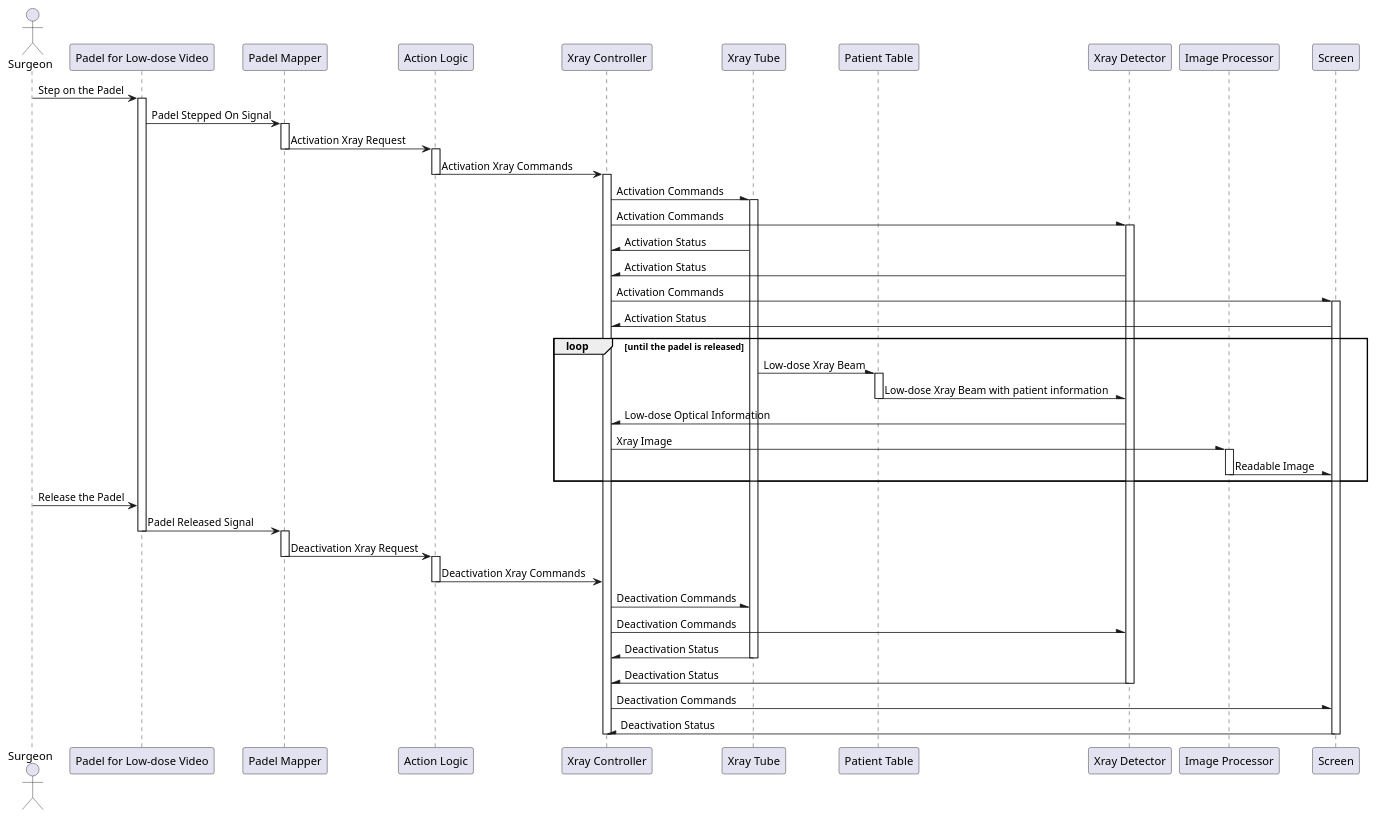
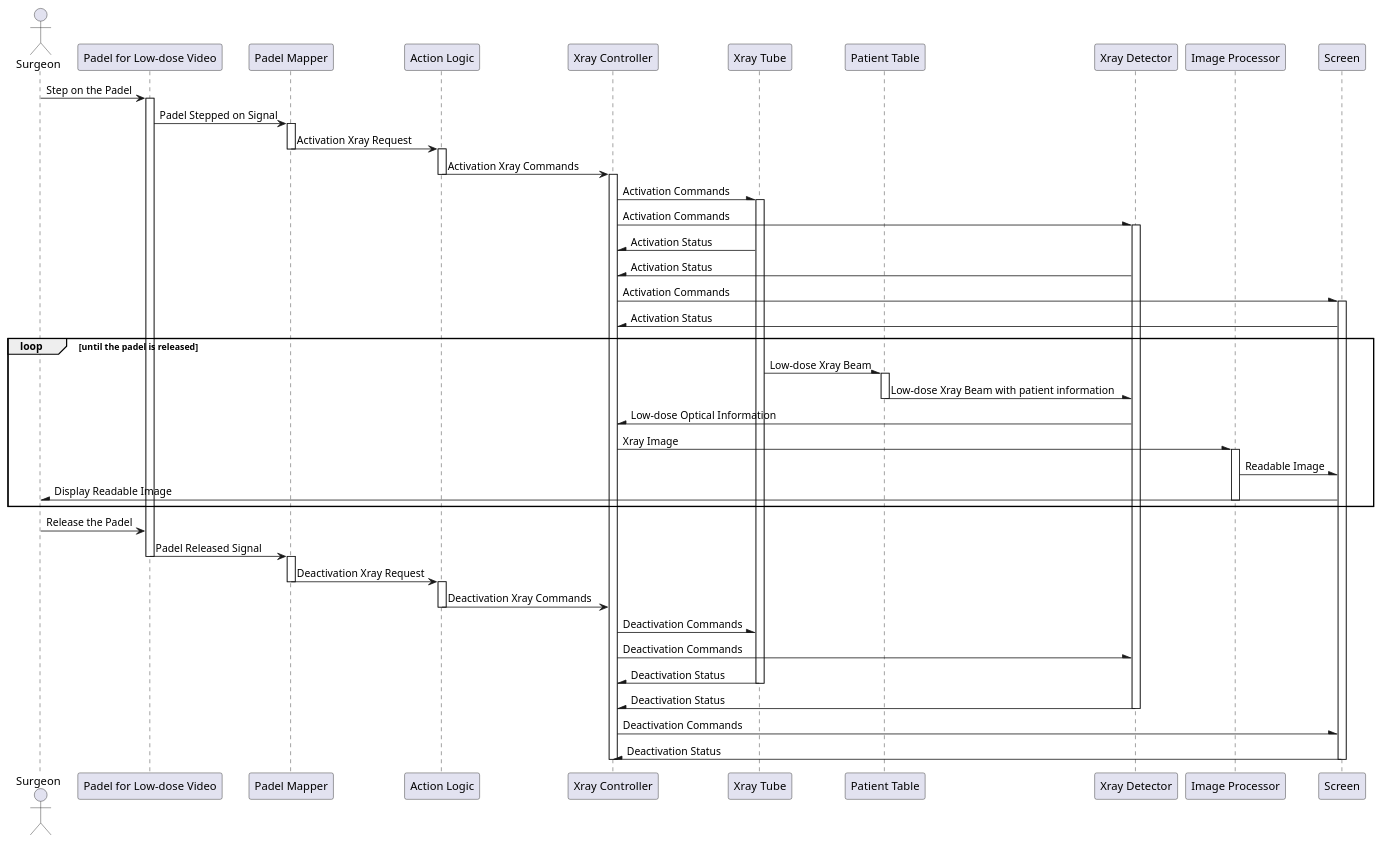
One commit to JCLLi/Software-System-Traning changed the diagram in sequence-pedal-1/src.puml. Above: the diagram before and after it, drawn with PlantUML. The commit also changed 1 other file, not shown here.

Commit message:
Sequence 2 added

```diff
--- a/sequence-pedal-1/src.puml
+++ b/sequence-pedal-1/src.puml
@@ -1,75 +1,76 @@
 @startuml
 actor "Surgeon" as doctor
 participant "Padel for Low-dose Video" as padel
 participant "Padel Mapper" as mapper
 participant "Action Logic" as logic
 participant "Xray Controller" as controller
 participant "Xray Tube" as tube
 participant "Patient Table" as table
 participant "Xray Detector" as detector
 participant "Image Processor" as processor
 participant "Screen" as screen
 
 doctor -> padel : Step on the Padel
 activate padel
 
-padel -> mapper : Padel Stepped On Signal
+padel -> mapper : Padel Stepped on Signal
 activate mapper
 
 mapper -> logic : Activation Xray Request
 deactivate mapper
 activate logic
 
 logic -> controller : Activation Xray Commands
 deactivate logic
 activate controller
 
 controller -\tube : Activation Commands
 activate tube
 controller -\ detector : Activation Commands
 activate detector
 tube -\ controller : Activation Status
 detector -\ controller : Activation Status
 
 controller -\ screen : Activation Commands
 activate screen
 screen -\ controller : Activation Status
 
 
 loop until the padel is released
 tube -\ table : Low-dose Xray Beam
 activate table
 table -\ detector : Low-dose Xray Beam with patient information
 deactivate table
 detector -\ controller : Low-dose Optical Information
 controller -\ processor : Xray Image
 activate processor
 processor -\ screen : Readable Image
+screen -\ doctor : Display Readable Image
 deactivate processor
 end
 
 doctor -> padel : Release the Padel
 padel -> mapper : Padel Released Signal
 deactivate padel
 activate mapper
 
 mapper -> logic : Deactivation Xray Request
 deactivate mapper
 activate logic
 
 logic -> controller : Deactivation Xray Commands
 deactivate logic
 
 controller -\tube : Deactivation Commands
 controller -\ detector : Deactivation Commands
 tube -\ controller : Deactivation Status
 deactivate tube
 detector -\ controller : Deactivation Status
 deactivate detector
 
 controller -\screen : Deactivation Commands
 screen -\ controller : Deactivation Status
 deactivate screen
 deactivate controller
 
 @enduml
```
